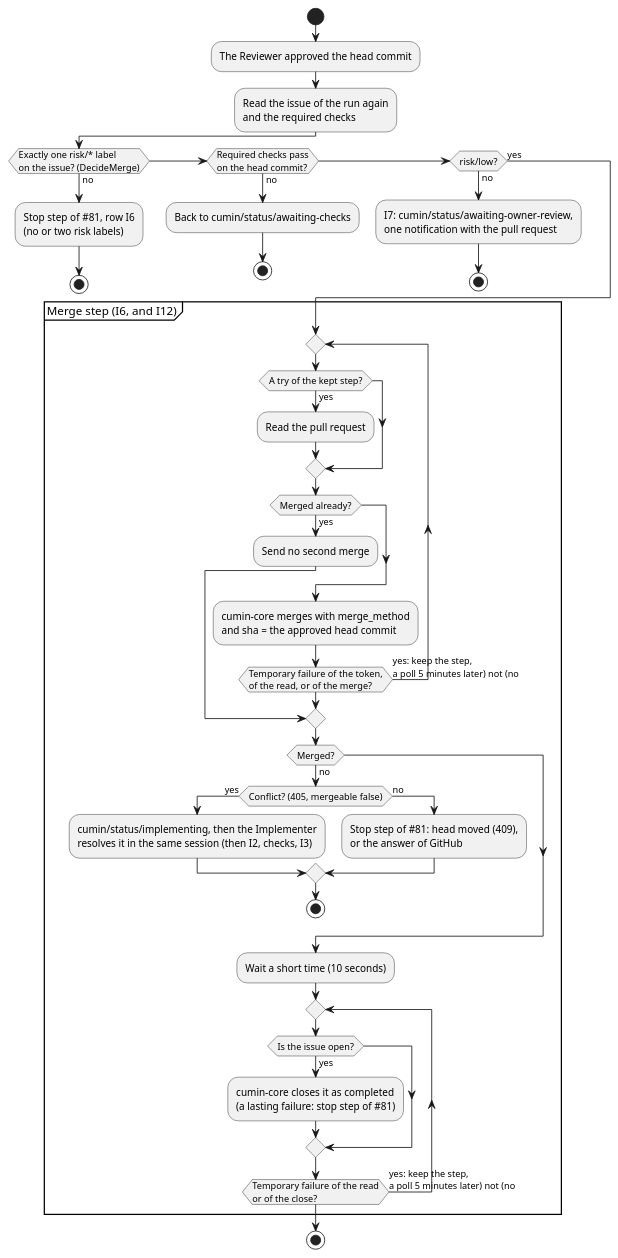
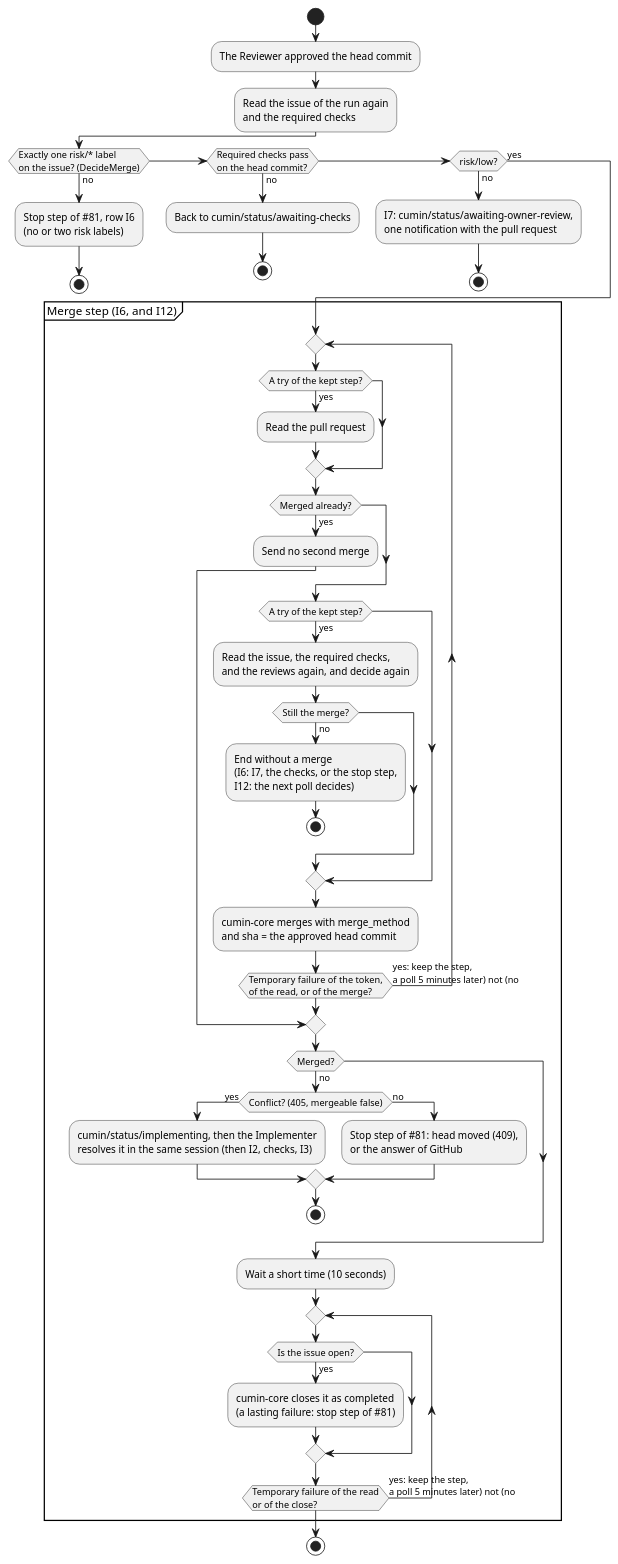
Before and after one commit to cloveclovedev/cumin-works: the diagram in docs/ja/designs/poll-merge.puml, drawn with PlantUML. The commit also changed 3 other files, not shown here.

Commit message:
docs(designs): describe the new decision of a try of the kept merge

```diff
--- a/docs/ja/designs/poll-merge.puml
+++ b/docs/ja/designs/poll-merge.puml
@@ -1,62 +1,72 @@
 @startuml poll-merge
 ' cumin works - the approved pull request (I6, I7) and the merge step that I12 reuses.
 ' Document: poll.md, section on the merge step.
 ' Render: run scripts/render-diagrams.sh at the root of the repository.
 skinparam shadowing false
 skinparam defaultFontName sans-serif
 
 start
 :The Reviewer approved the head commit;
 :Read the issue of the run again
 and the required checks;
 if (Exactly one risk/* label
 on the issue? (DecideMerge)) then (no)
   :Stop step of #81, row I6
   (no or two risk labels);
   stop
 elseif (Required checks pass
 on the head commit?) then (no)
   :Back to cumin/status/awaiting-checks;
   stop
 elseif (risk/low?) then (no)
   :I7: cumin/status/awaiting-owner-review,
   one notification with the pull request;
   stop
 else (yes)
 endif
 partition "Merge step (I6, and I12)" {
   repeat
     if (A try of the kept step?) then (yes)
       :Read the pull request;
     endif
     if (Merged already?) then (yes)
       :Send no second merge;
       break
     endif
+    if (A try of the kept step?) then (yes)
+      :Read the issue, the required checks,
+      and the reviews again, and decide again;
+      if (Still the merge?) then (no)
+        :End without a merge
+        (I6: I7, the checks, or the stop step,
+        I12: the next poll decides);
+        stop
+      endif
+    endif
     :cumin-core merges with merge_method
     and sha = the approved head commit;
   repeat while (Temporary failure of the token,
 of the read, or of the merge?) is (yes: keep the step,
 a poll 5 minutes later) not (no)
   if (Merged?) then (no)
     if (Conflict? (405, mergeable false)) then (yes)
       :cumin/status/implementing, then the Implementer
       resolves it in the same session (then I2, checks, I3);
     else (no)
       :Stop step of #81: head moved (409),
       or the answer of GitHub;
     endif
     stop
   endif
   :Wait a short time (10 seconds);
   repeat
     if (Is the issue open?) then (yes)
       :cumin-core closes it as completed
       (a lasting failure: stop step of #81);
     endif
   repeat while (Temporary failure of the read
 or of the close?) is (yes: keep the step,
 a poll 5 minutes later) not (no)
 }
 stop
 @enduml
```
